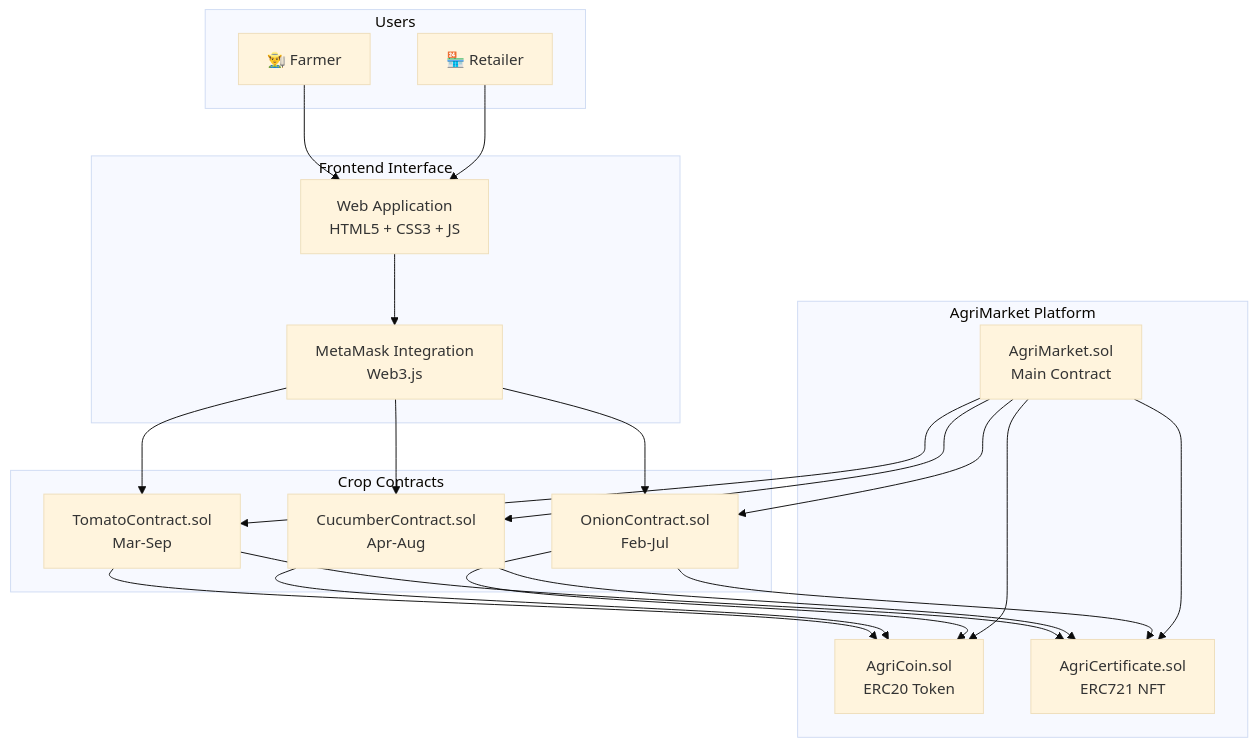
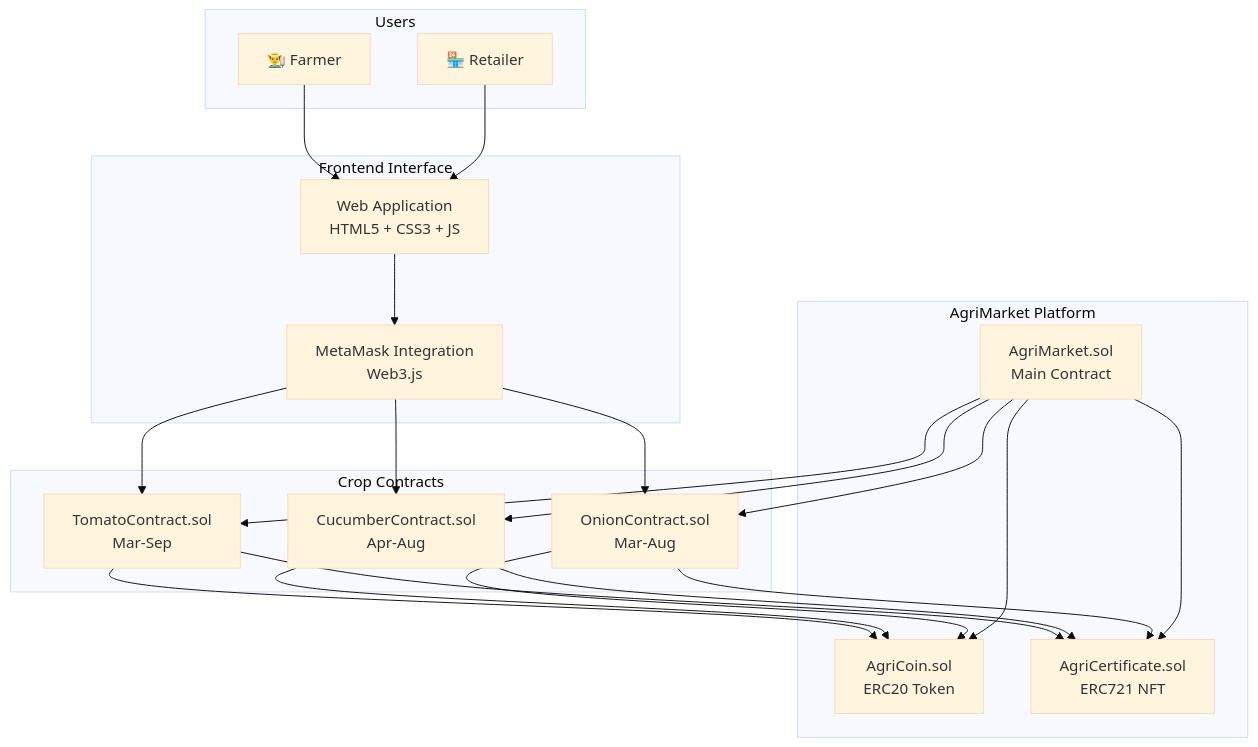
One commit to AdirGelkop/AgriMarket changed the diagram in README.md. Above: the diagram before and after it, drawn with Mermaid (base theme). The commit also changed other lines of this file, not shown here.

````diff
--- a/README.md
+++ b/README.md
@@ -18,45 +18,45 @@
 ```mermaid
 graph TB
     subgraph "Frontend Interface"
         FUI[Web Application<br/>HTML5 + CSS3 + JS]
         MM[MetaMask Integration<br/>Web3.js]
     end
     
     subgraph "AgriMarket Platform"
         AM[AgriMarket.sol<br/>Main Contract]
         AC[AgriCoin.sol<br/>ERC20 Token]
         CERT[AgriCertificate.sol<br/>ERC721 NFT]
     end
     
     subgraph "Crop Contracts"
         TC[TomatoContract.sol<br/>Mar-Sep]
         CC[CucumberContract.sol<br/>Apr-Aug]
-        OC[OnionContract.sol<br/>Feb-Jul]
+        OC[OnionContract.sol<br/>Mar-Aug]
     end
     
     subgraph "Users"
         F[👨‍🌾 Farmer]
         R[🏪 Retailer]
     end
     
     F --> FUI
     R --> FUI
     FUI --> MM
     MM --> TC
     MM --> CC
     MM --> OC
     
     TC --> AC
     CC --> AC
     OC --> AC
     
     TC --> CERT
     CC --> CERT
     OC --> CERT
     
     AM --> AC
     AM --> CERT
     AM --> TC
     AM --> CC
     AM --> OC
 ```
````
